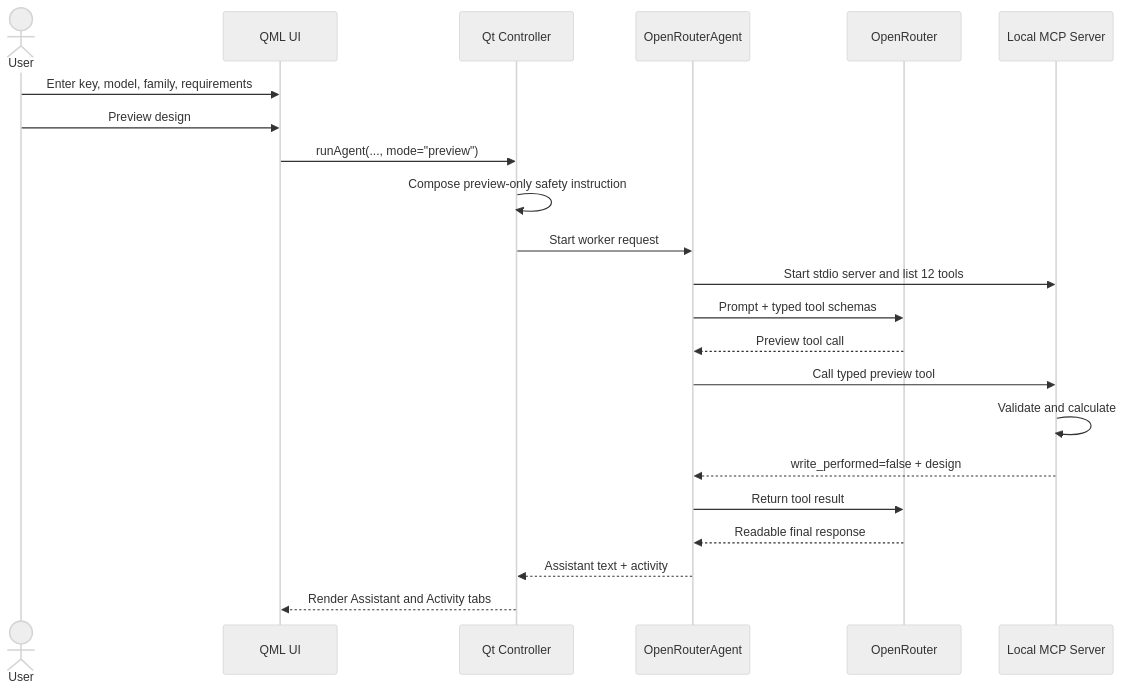
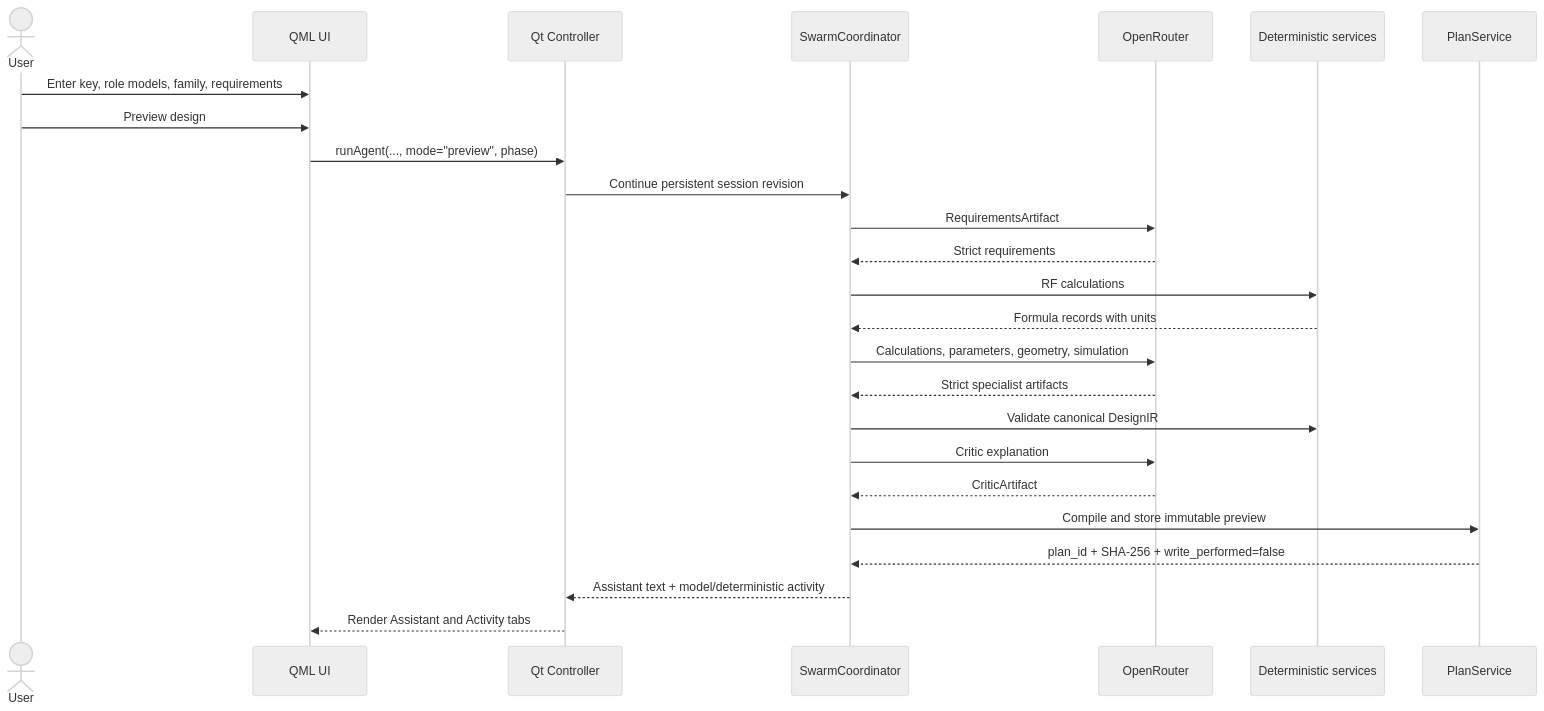
One commit to Mithunjagan/Prompt2CST changed the fourth of 6 diagrams in README.md. Above: the diagram before and after it, drawn with Mermaid (neutral theme). The commit also changed other lines of this file and 22 other files, not shown here.

Commit message:
Add persistent specialist swarm workflow

````diff
--- a/README.md
+++ b/README.md
@@ -709,25 +723,28 @@
 ```mermaid
 sequenceDiagram
     actor U as User
     participant UI as QML UI
     participant C as Qt Controller
-    participant A as OpenRouterAgent
+    participant S as SwarmCoordinator
     participant O as OpenRouter
-    participant M as Local MCP Server
+    participant D as Deterministic services
+    participant P as PlanService
 
-    U->>UI: Enter key, model, family, requirements
+    U->>UI: Enter key, role models, family, requirements
     U->>UI: Preview design
-    UI->>C: runAgent(..., mode="preview")
-    C->>C: Compose preview-only safety instruction
-    C->>A: Start worker request
-    A->>M: Start stdio server and list 12 tools
-    A->>O: Prompt + typed tool schemas
-    O-->>A: Preview tool call
-    A->>M: Call typed preview tool
-    M->>M: Validate and calculate
-    M-->>A: write_performed=false + design
-    A->>O: Return tool result
-    O-->>A: Readable final response
-    A-->>C: Assistant text + activity
+    UI->>C: runAgent(..., mode="preview", phase)
+    C->>S: Continue persistent session revision
+    S->>O: RequirementsArtifact
+    O-->>S: Strict requirements
+    S->>D: RF calculations
+    D-->>S: Formula records with units
+    S->>O: Calculations, parameters, geometry, simulation
+    O-->>S: Strict specialist artifacts
+    S->>D: Validate canonical DesignIR
+    S->>O: Critic explanation
+    O-->>S: CriticArtifact
+    S->>P: Compile and store immutable preview
+    P-->>S: plan_id + SHA-256 + write_performed=false
+    S-->>C: Assistant text + model/deterministic activity
     C-->>UI: Render Assistant and Activity tabs
 ```
````
